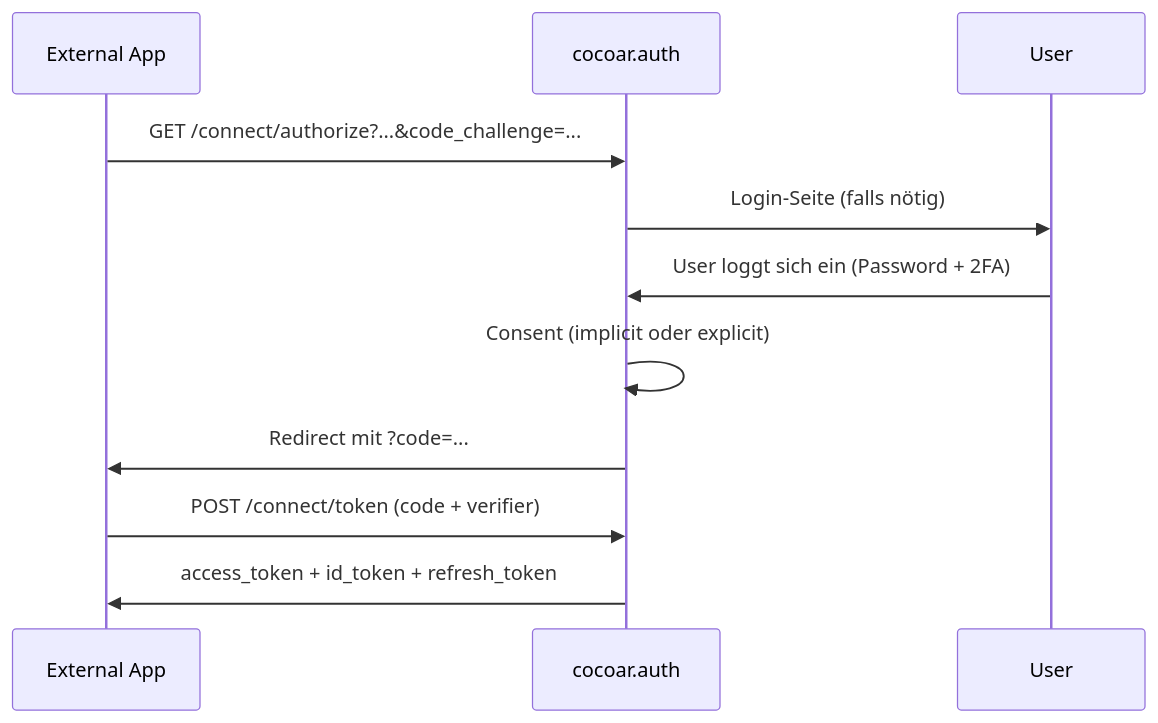
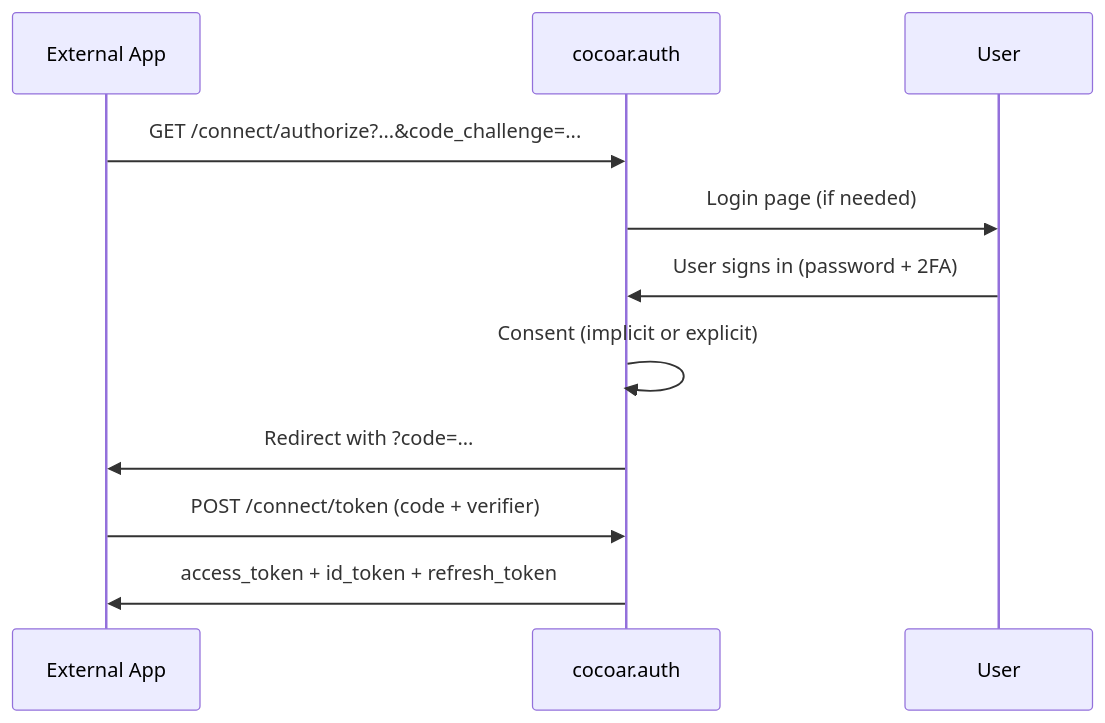
Before and after one commit to cocoar-dev/modgud: the diagram in website/concepts/authentication.md, drawn with Mermaid. The commit also changed other lines of this file and 33 other files, not shown here.

````diff
--- a/website/concepts/authentication.md
+++ b/website/concepts/authentication.md
@@ -63,13 +63,13 @@
 ```mermaid
 sequenceDiagram
     participant App as External App
     participant Auth as cocoar.auth
     participant User
     App->>Auth: GET /connect/authorize?...&code_challenge=...
-    Auth->>User: Login-Seite (falls nötig)
-    User->>Auth: User loggt sich ein (Password + 2FA)
-    Auth->>Auth: Consent (implicit oder explicit)
-    Auth->>App: Redirect mit ?code=...
+    Auth->>User: Login page (if needed)
+    User->>Auth: User signs in (password + 2FA)
+    Auth->>Auth: Consent (implicit or explicit)
+    Auth->>App: Redirect with ?code=...
     App->>Auth: POST /connect/token (code + verifier)
     Auth->>App: access_token + id_token + refresh_token
 ```
````
